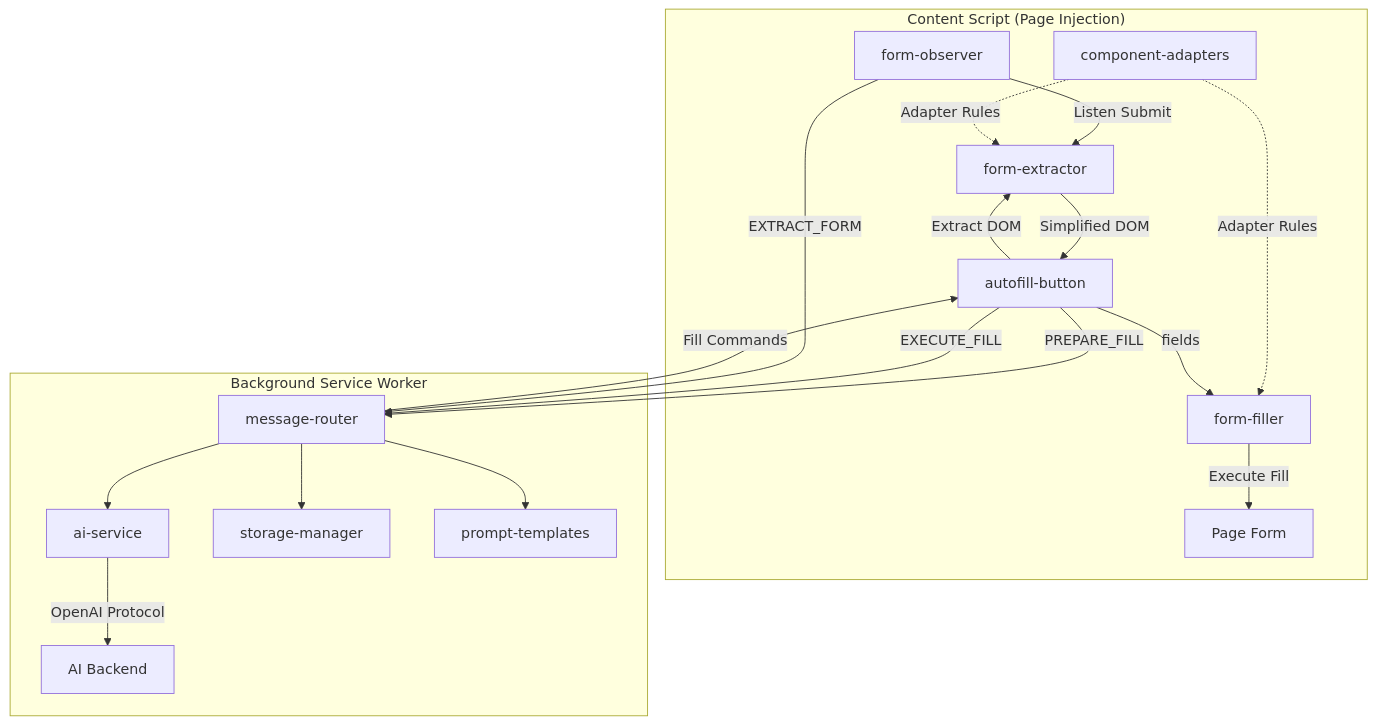
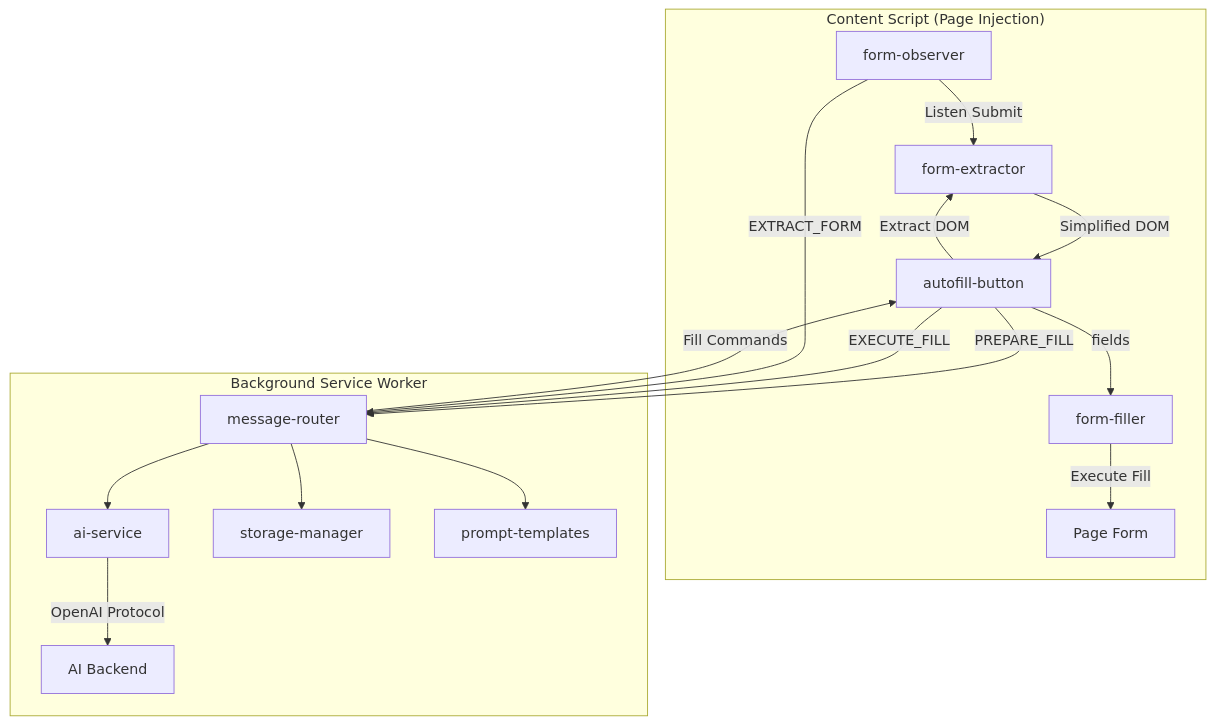
Before and after one commit to ymssx/aiform: the diagram in README.md, drawn with Mermaid. The commit also changed other lines of this file and 2 other files, not shown here.

````diff
--- a/README.md
+++ b/README.md
@@ -118,24 +107,22 @@
 ```mermaid
 graph TB
     subgraph "Content Script (Page Injection)"
         A[form-observer] -->|Listen Submit| B[form-extractor]
         C[autofill-button] -->|Extract DOM| B
         B -->|Simplified DOM| C
         D[form-filler] -->|Execute Fill| E[Page Form]
-        F[component-adapters] -.->|Adapter Rules| B
-        F -.->|Adapter Rules| D
     end
 
     subgraph "Background Service Worker"
         G[message-router] --> H[ai-service]
         G --> I[storage-manager]
         G --> J[prompt-templates]
         H -->|OpenAI Protocol| K[AI Backend]
     end
 
     C -->|PREPARE_FILL| G
     C -->|EXECUTE_FILL| G
     A -->|EXTRACT_FORM| G
     G -->|Fill Commands| C
     C -->|fields| D
 ```
````
